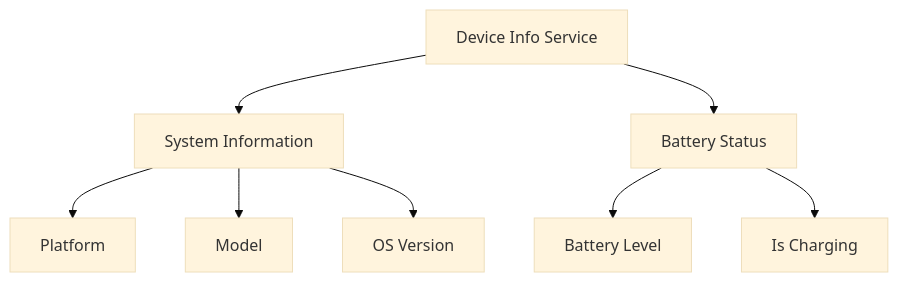
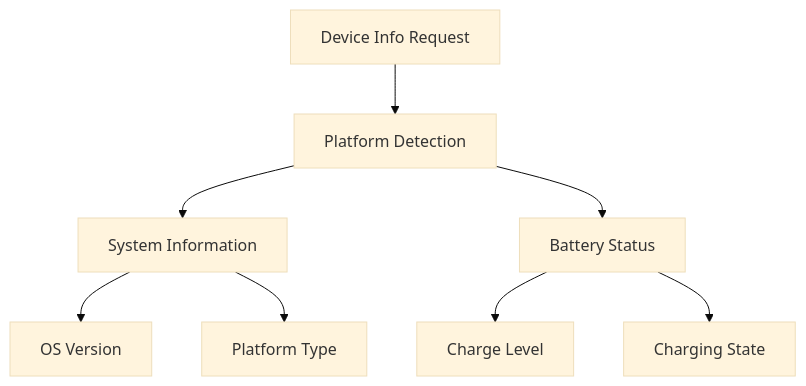
The fourth of 4 diagrams in README.md (DanielCreggOrganization/w9-lab-capacitor-sophieboyle1), drawn with Mermaid (base theme) before and after one commit. The commit also changed other lines of this file, not shown here.

````diff
--- a/README.md
+++ b/README.md
@@ -218,10 +244,10 @@
 ```mermaid
 graph TD
-    A[Device Info Service] --> B[System Information]
-    A --> C[Battery Status]
-    B --> D[Platform]
-    B --> E[Model]
-    B --> F[OS Version]
-    C --> G[Battery Level]
-    C --> H[Is Charging]
+    A[Device Info Request] --> B[Platform Detection]
+    B --> C[System Information]
+    B --> D[Battery Status]
+    C --> E[OS Version]
+    C --> F[Platform Type]
+    D --> G[Charge Level]
+    D --> H[Charging State]
 ```
````
